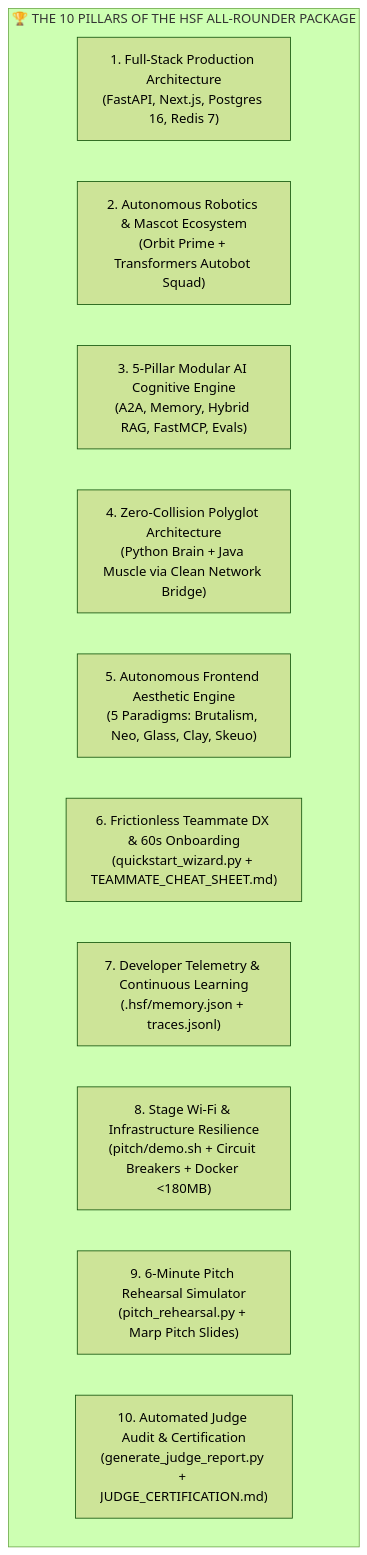
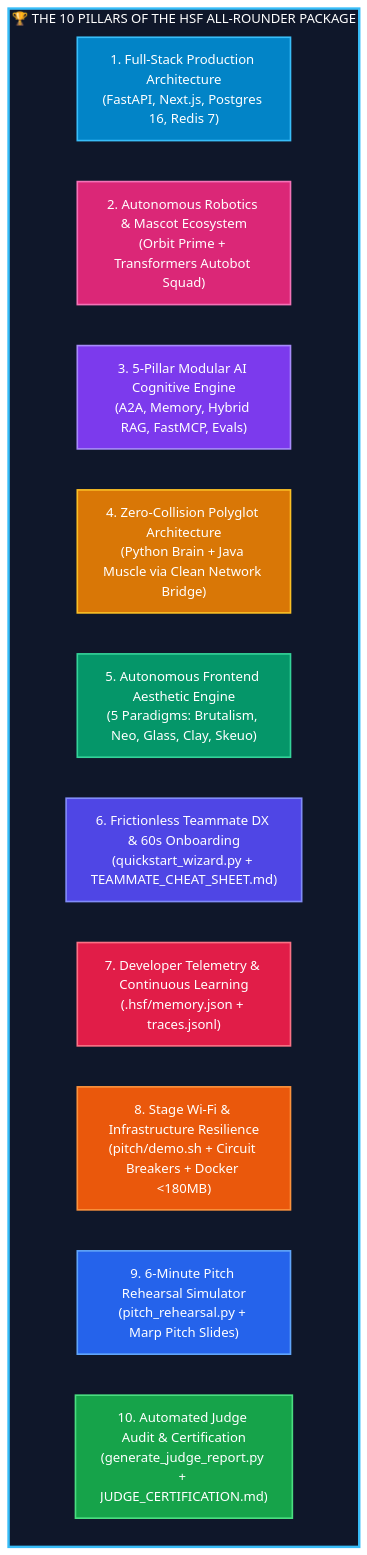
Before and after one commit to Sathvik1533/hackathon-strategy-framework: diagram 19 of 19 in README.md, drawn with Mermaid (forest theme). The commit also changed other lines of this file and 6 other files, not shown here.

Commit message:
feat(docs): colorize and make all Mermaid architecture diagrams interactive across repo

````diff
--- a/README.md
+++ b/README.md
@@ -1829,15 +2104,39 @@
 ```mermaid
 flowchart TD
+    classDef p1 fill:#0284c7,stroke:#38bdf8,stroke-width:2px,color:#ffffff;
+    classDef p2 fill:#db2777,stroke:#f472b6,stroke-width:2px,color:#ffffff;
+    classDef p3 fill:#7c3aed,stroke:#a78bfa,stroke-width:2px,color:#ffffff;
+    classDef p4 fill:#d97706,stroke:#fbbf24,stroke-width:2px,color:#ffffff;
+    classDef p5 fill:#059669,stroke:#34d399,stroke-width:2px,color:#ffffff;
+    classDef p6 fill:#4f46e5,stroke:#818cf8,stroke-width:2px,color:#ffffff;
+    classDef p7 fill:#e11d48,stroke:#fb7185,stroke-width:2px,color:#ffffff;
+    classDef p8 fill:#ea580c,stroke:#fb923c,stroke-width:2px,color:#ffffff;
+    classDef p9 fill:#2563eb,stroke:#60a5fa,stroke-width:2px,color:#ffffff;
+    classDef p10 fill:#16a34a,stroke:#4ade80,stroke-width:2px,color:#ffffff;
+
     subgraph AllRounder["🏆 THE 10 PILLARS OF THE HSF ALL-ROUNDER PACKAGE"]
-        D1["1. Full-Stack Production Architecture<br/>(FastAPI, Next.js, Postgres 16, Redis 7)"]
-        D2["2. Autonomous Robotics & Mascot Ecosystem<br/>(Orbit Prime + Transformers Autobot Squad)"]
-        D3["3. 5-Pillar Modular AI Cognitive Engine<br/>(A2A, Memory, Hybrid RAG, FastMCP, Evals)"]
-        D4["4. Zero-Collision Polyglot Architecture<br/>(Python Brain + Java Muscle via Clean Network Bridge)"]
-        D5["5. Autonomous Frontend Aesthetic Engine<br/>(5 Paradigms: Brutalism, Neo, Glass, Clay, Skeuo)"]
-        D6["6. Frictionless Teammate DX & 60s Onboarding<br/>(quickstart_wizard.py + TEAMMATE_CHEAT_SHEET.md)"]
-        D7["7. Developer Telemetry & Continuous Learning<br/>(.hsf/memory.json + traces.jsonl)"]
-        D8["8. Stage Wi-Fi & Infrastructure Resilience<br/>(pitch/demo.sh + Circuit Breakers + Docker <180MB)"]
-        D9["9. 6-Minute Pitch Rehearsal Simulator<br/>(pitch_rehearsal.py + Marp Pitch Slides)"]
-        D10["10. Automated Judge Audit & Certification<br/>(generate_judge_report.py + JUDGE_CERTIFICATION.md)"]
+        D1["1. Full-Stack Production Architecture<br/>(FastAPI, Next.js, Postgres 16, Redis 7)"]:::p1
+        D2["2. Autonomous Robotics & Mascot Ecosystem<br/>(Orbit Prime + Transformers Autobot Squad)"]:::p2
+        D3["3. 5-Pillar Modular AI Cognitive Engine<br/>(A2A, Memory, Hybrid RAG, FastMCP, Evals)"]:::p3
+        D4["4. Zero-Collision Polyglot Architecture<br/>(Python Brain + Java Muscle via Clean Network Bridge)"]:::p4
+        D5["5. Autonomous Frontend Aesthetic Engine<br/>(5 Paradigms: Brutalism, Neo, Glass, Clay, Skeuo)"]:::p5
+        D6["6. Frictionless Teammate DX & 60s Onboarding<br/>(quickstart_wizard.py + TEAMMATE_CHEAT_SHEET.md)"]:::p6
+        D7["7. Developer Telemetry & Continuous Learning<br/>(.hsf/memory.json + traces.jsonl)"]:::p7
+        D8["8. Stage Wi-Fi & Infrastructure Resilience<br/>(pitch/demo.sh + Circuit Breakers + Docker <180MB)"]:::p8
+        D9["9. 6-Minute Pitch Rehearsal Simulator<br/>(pitch_rehearsal.py + Marp Pitch Slides)"]:::p9
+        D10["10. Automated Judge Audit & Certification<br/>(generate_judge_report.py + JUDGE_CERTIFICATION.md)"]:::p10
     end
+
+    style AllRounder fill:#0f172a,stroke:#38bdf8,stroke-width:3px,color:#ffffff
+
+    click D1 "backend/src/app/main.py" "Inspect Full-Stack Architecture"
+    click D2 "scripts/mascot_director.py" "Inspect Mascot & Autobot Squad"
+    click D3 "ai_layer/langgraph_supervisor.py" "Inspect 5-Pillar AI Engine"
+    click D4 "docs/architecture/polyglot-zero-collision-guide.md" "Inspect Zero-Collision Polyglot Guide"
+    click D5 "frontend/index.html" "Inspect 5 Frontend Aesthetic Paradigms"
+    click D6 "docs/TEAMMATE_CHEAT_SHEET.md" "Open Teammate Cheat Sheet"
+    click D7 ".hsf/memory.json" "Inspect Developer Memory & Traces"
+    click D8 "pitch/demo.sh" "Inspect Offline Stage Demo Script"
+    click D9 "scripts/pitch_rehearsal.py" "Run 6-Minute Pitch Rehearsal"
+    click D10 "docs/JUDGE_CERTIFICATION.md" "Inspect Judge Certification Audit"
 ```
````
